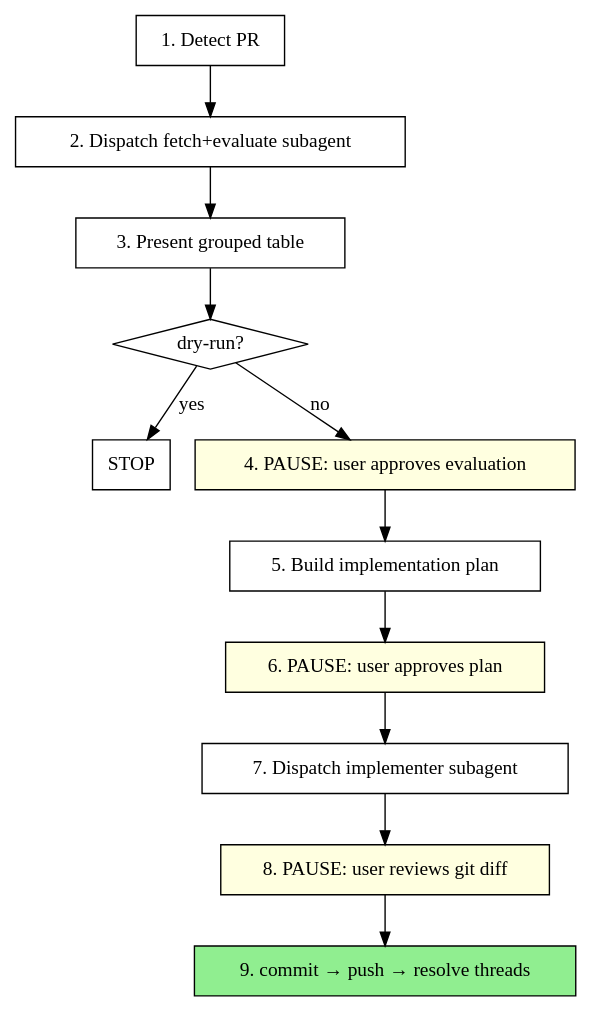
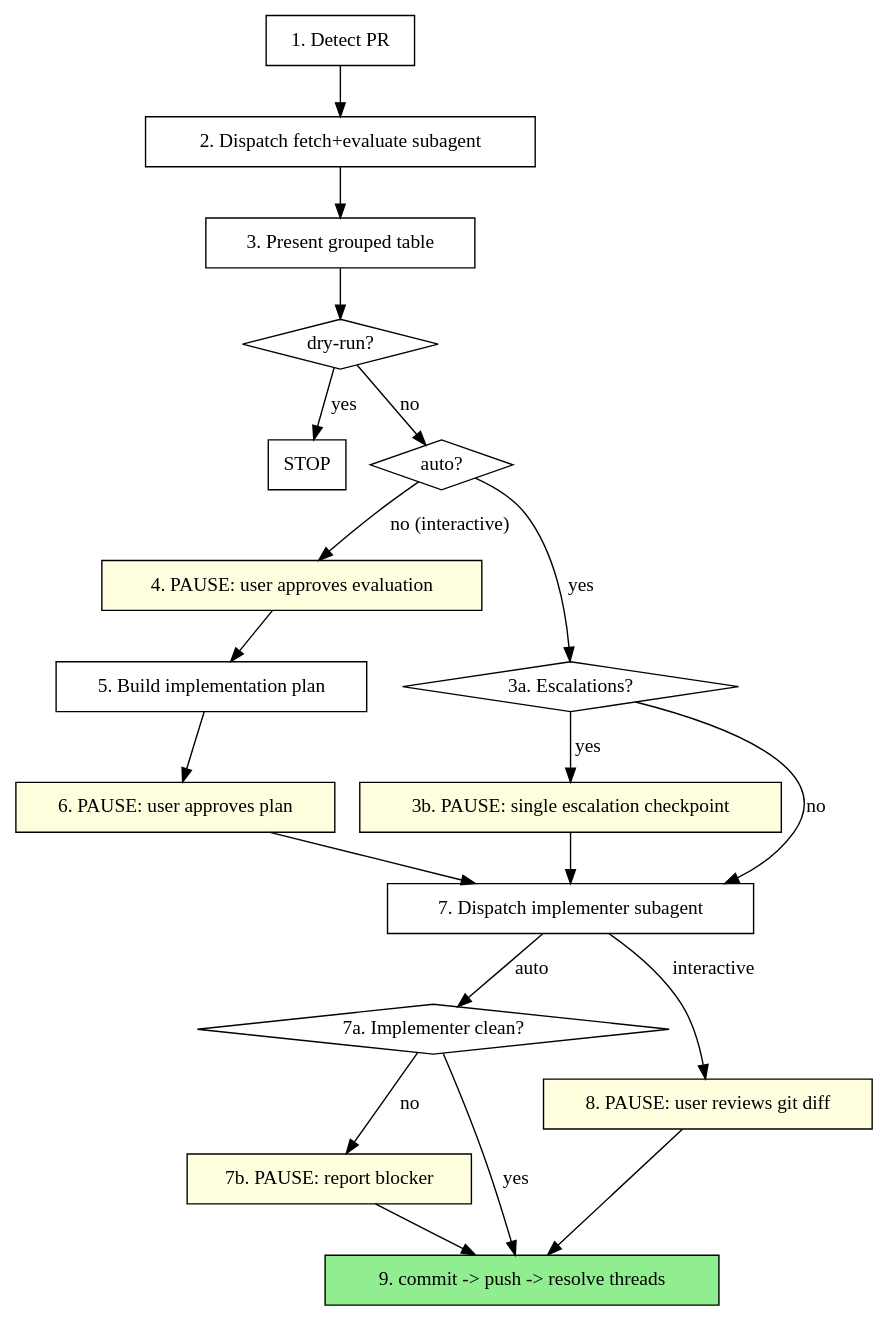
The diagram in plugins/resolve-pr-feedback/skills/resolve-pr-feedback/SKILL.md (chanson5000/claude-plugin-repository), drawn with Graphviz before and after one commit. The commit also changed other lines of this file and 6 other files, not shown here.

````diff
--- a/plugins/resolve-pr-feedback/skills/resolve-pr-feedback/SKILL.md
+++ b/plugins/resolve-pr-feedback/skills/resolve-pr-feedback/SKILL.md
@@ -21,26 +29,44 @@
 ```dot
 digraph resolve_pr_feedback {
     "1. Detect PR" [shape=box];
     "2. Dispatch fetch+evaluate subagent" [shape=box];
     "3. Present grouped table" [shape=box];
     "dry-run?" [shape=diamond];
     "STOP" [shape=box];
+    "auto?" [shape=diamond];
     "4. PAUSE: user approves evaluation" [shape=box style=filled fillcolor=lightyellow];
+    "3a. Escalations?" [shape=diamond];
+    "3b. PAUSE: single escalation checkpoint" [shape=box style=filled fillcolor=lightyellow];
     "5. Build implementation plan" [shape=box];
     "6. PAUSE: user approves plan" [shape=box style=filled fillcolor=lightyellow];
     "7. Dispatch implementer subagent" [shape=box];
+    "7a. Implementer clean?" [shape=diamond];
+    "7b. PAUSE: report blocker" [shape=box style=filled fillcolor=lightyellow];
     "8. PAUSE: user reviews git diff" [shape=box style=filled fillcolor=lightyellow];
-    "9. commit → push → resolve threads" [shape=box style=filled fillcolor=lightgreen];
+    "9. commit -> push -> resolve threads" [shape=box style=filled fillcolor=lightgreen];
 
     "1. Detect PR" -> "2. Dispatch fetch+evaluate subagent";
     "2. Dispatch fetch+evaluate subagent" -> "3. Present grouped table";
     "3. Present grouped table" -> "dry-run?";
     "dry-run?" -> "STOP" [label="yes"];
-    "dry-run?" -> "4. PAUSE: user approves evaluation" [label="no"];
+    "dry-run?" -> "auto?" [label="no"];
+
+    "auto?" -> "4. PAUSE: user approves evaluation" [label="no (interactive)"];
     "4. PAUSE: user approves evaluation" -> "5. Build implementation plan";
     "5. Build implementation plan" -> "6. PAUSE: user approves plan";
     "6. PAUSE: user approves plan" -> "7. Dispatch implementer subagent";
-    "7. Dispatch implementer subagent" -> "8. PAUSE: user reviews git diff";
-    "8. PAUSE: user reviews git diff" -> "9. commit → push → resolve threads";
+
+    "auto?" -> "3a. Escalations?" [label="yes"];
+    "3a. Escalations?" -> "3b. PAUSE: single escalation checkpoint" [label="yes"];
+    "3a. Escalations?" -> "7. Dispatch implementer subagent" [label="no"];
+    "3b. PAUSE: single escalation checkpoint" -> "7. Dispatch implementer subagent";
+
+    "7. Dispatch implementer subagent" -> "7a. Implementer clean?" [label="auto"];
+    "7a. Implementer clean?" -> "7b. PAUSE: report blocker" [label="no"];
+    "7a. Implementer clean?" -> "9. commit -> push -> resolve threads" [label="yes"];
+    "7b. PAUSE: report blocker" -> "9. commit -> push -> resolve threads";
+
+    "7. Dispatch implementer subagent" -> "8. PAUSE: user reviews git diff" [label="interactive"];
+    "8. PAUSE: user reviews git diff" -> "9. commit -> push -> resolve threads";
 }
 ```
````
